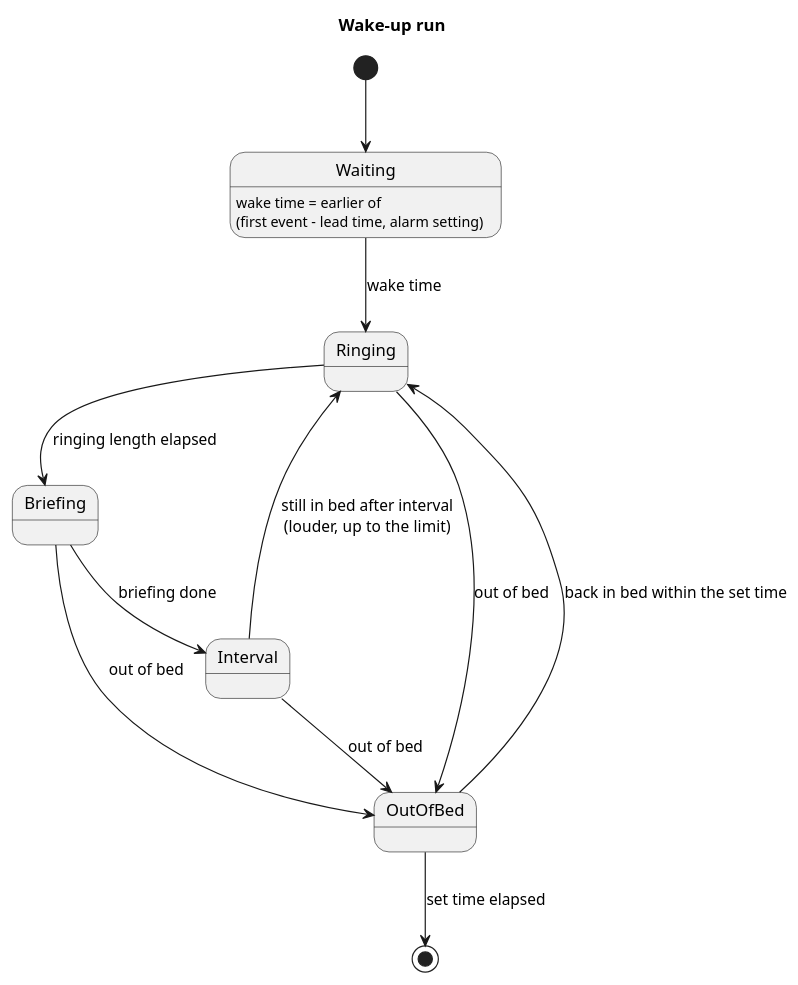
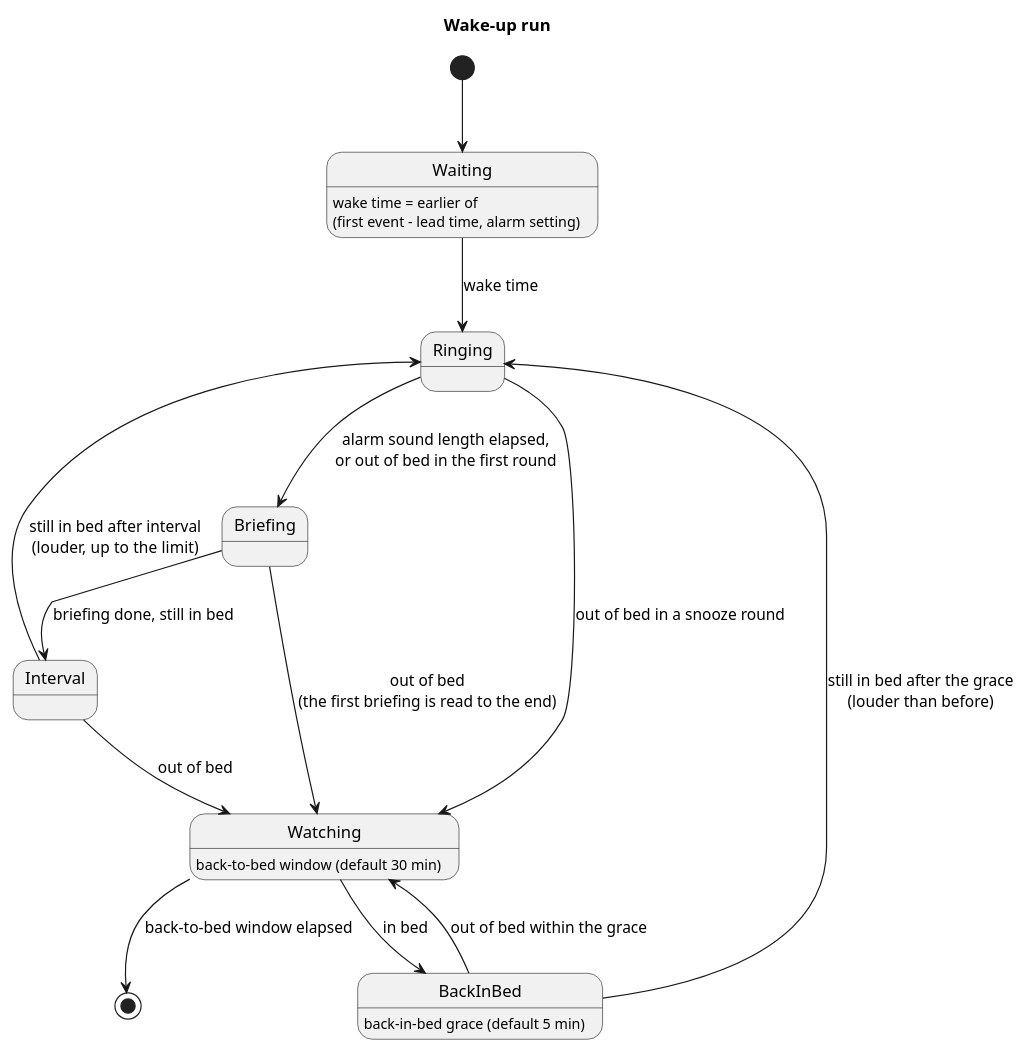
One commit to cloveclovedev/press-start changed the diagram in docs/ja/requirements/alarm/overview.puml. Above: the diagram before and after it, drawn with PlantUML. The commit also changed 4 other files, not shown here.

First line of the commit message:
docs(requirements): always read the first briefing and watch for going back to bed

```diff
--- a/docs/ja/requirements/alarm/overview.puml
+++ b/docs/ja/requirements/alarm/overview.puml
@@ -1,16 +1,20 @@
 @startuml overview
 title Wake-up run
 skinparam shadowing false
 
 [*] --> Waiting
 Waiting : wake time = earlier of\n(first event - lead time, alarm setting)
 Waiting --> Ringing : wake time
-Ringing --> Briefing : ringing length elapsed
-Briefing --> Interval : briefing done
+Ringing --> Briefing : alarm sound length elapsed,\nor out of bed in the first round
+Briefing --> Interval : briefing done, still in bed
 Interval --> Ringing : still in bed after interval\n(louder, up to the limit)
-Ringing --> OutOfBed : out of bed
-Briefing --> OutOfBed : out of bed
-Interval --> OutOfBed : out of bed
-OutOfBed --> Ringing : back in bed within the set time
-OutOfBed --> [*] : set time elapsed
+Briefing --> Watching : out of bed\n(the first briefing is read to the end)
+Ringing --> Watching : out of bed in a snooze round
+Interval --> Watching : out of bed
+Watching : back-to-bed window (default 30 min)
+Watching --> BackInBed : in bed
+BackInBed : back-in-bed grace (default 5 min)
+BackInBed --> Watching : out of bed within the grace
+BackInBed --> Ringing : still in bed after the grace\n(louder than before)
+Watching --> [*] : back-to-bed window elapsed
 @enduml
```
